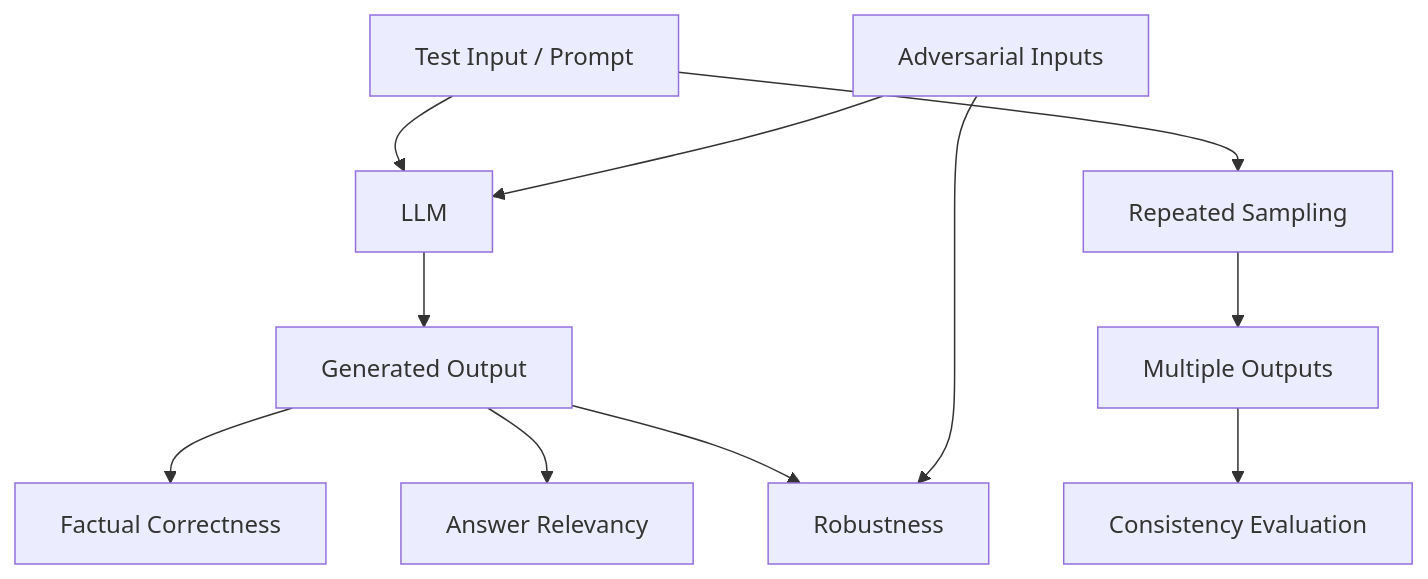
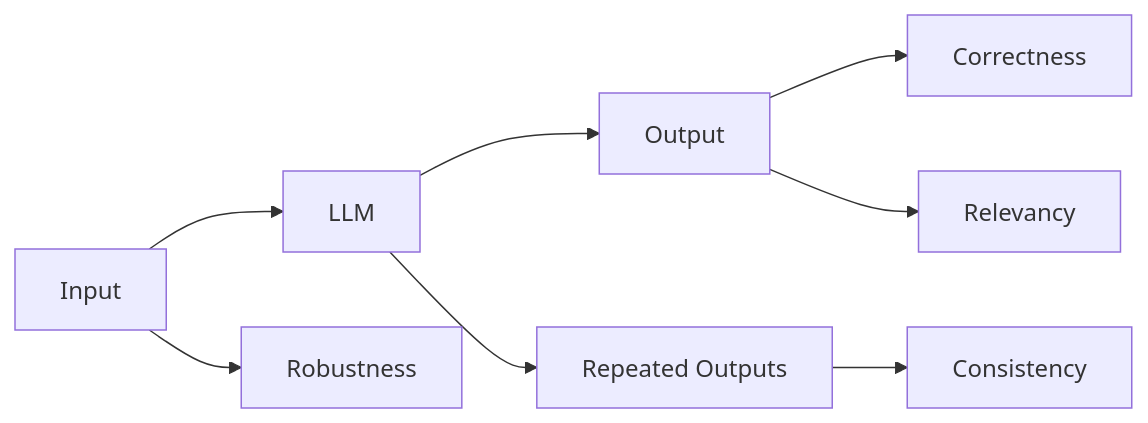
One commit to fberrosp/llm-validation-framework changed the first of 5 diagrams in README.md. Above: the diagram before and after it, drawn with Mermaid. The commit also changed other lines of this file, not shown here.

````diff
--- a/README.md
+++ b/README.md
@@ -53,16 +51,12 @@
 ```mermaid
-flowchart TD
-A[Test Input / Prompt] --> B[LLM]
-B --> C[Generated Output]
+flowchart LR
+    A[Input] --> B[LLM]
+    B --> C[Output]
 
-    C --> D[Factual Correctness]
-    C --> E[Answer Relevancy]
-    C --> F[Robustness]
+    C --> D[Correctness]
+    C --> E[Relevancy]
+    A --> F[Robustness]
 
-    A --> G[Repeated Sampling]
-    G --> H[Multiple Outputs]
-    H --> I[Consistency Evaluation]
-
-    J[Adversarial Inputs] --> B
-    J --> F
+    B --> G[Repeated Outputs]
+    G --> H[Consistency]
 ```
````
